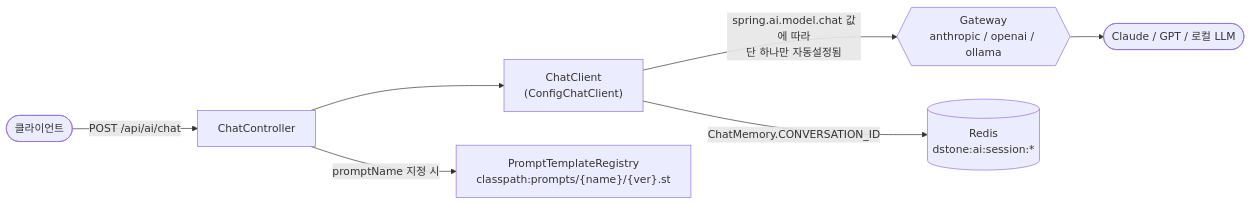
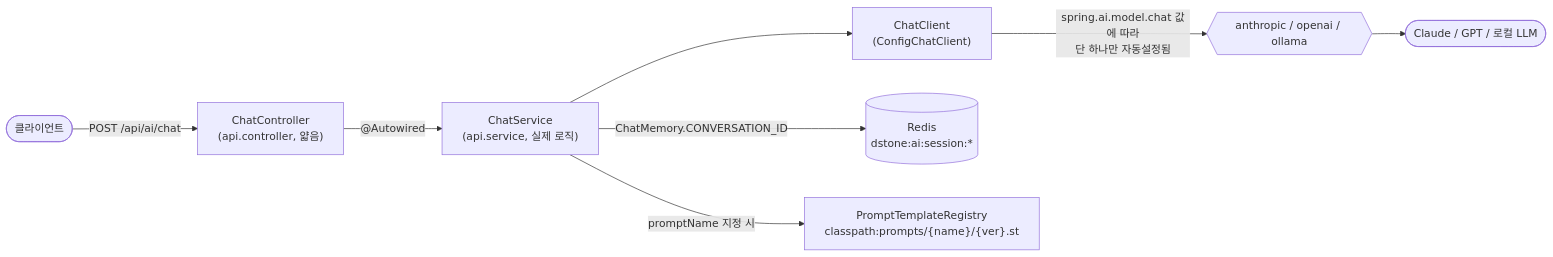
One commit to YongSoekChoeng/dstone changed the second of 16 diagrams in docs/09.dstone-ai-engine.md. Above: the diagram before and after it, drawn with Mermaid. The commit also changed other lines of this file and 12 other files, not shown here.

````diff
--- a/docs/09.dstone-ai-engine.md
+++ b/docs/09.dstone-ai-engine.md
@@ -160,9 +162,10 @@
 ```mermaid
 flowchart LR
-    Client(["클라이언트"]) -->|"POST /api/ai/chat"| Ctrl[ChatController]
-    Ctrl --> CC["ChatClient<br/>(ConfigChatClient)"]
-    CC -->|"spring.ai.model.chat 값에 따라<br/>단 하나만 자동설정됨"| GW{{"Gateway<br/>anthropic / openai / ollama"}}
-    CC -->|"ChatMemory.CONVERSATION_ID"| Mem[("Redis<br/>dstone:ai:session:*")]
-    Ctrl -->|"promptName 지정 시"| Prompt["PromptTemplateRegistry<br/>classpath:prompts/{name}/{ver}.st"]
+    Client(["클라이언트"]) -->|"POST /api/ai/chat"| Ctrl["ChatController<br/>(api.controller, 얇음)"]
+    Ctrl -->|"@Autowired"| Svc["ChatService<br/>(api.service, 실제 로직)"]
+    Svc --> CC["ChatClient<br/>(ConfigChatClient)"]
+    CC -->|"spring.ai.model.chat 값에 따라<br/>단 하나만 자동설정됨"| GW{{"anthropic / openai / ollama"}}
+    Svc -->|"ChatMemory.CONVERSATION_ID"| Mem[("Redis<br/>dstone:ai:session:*")]
+    Svc -->|"promptName 지정 시"| Prompt["PromptTemplateRegistry<br/>classpath:prompts/{name}/{ver}.st"]
     GW --> LLM(["Claude / GPT / 로컬 LLM"])
 ```
````
